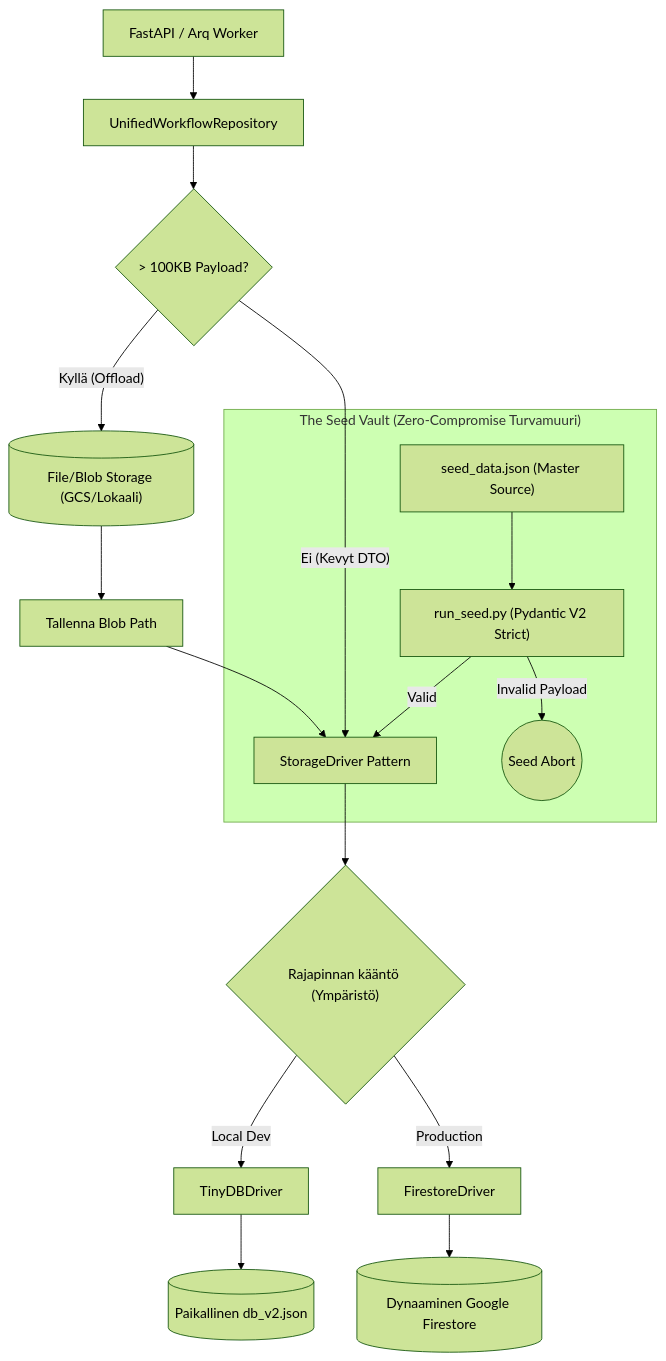
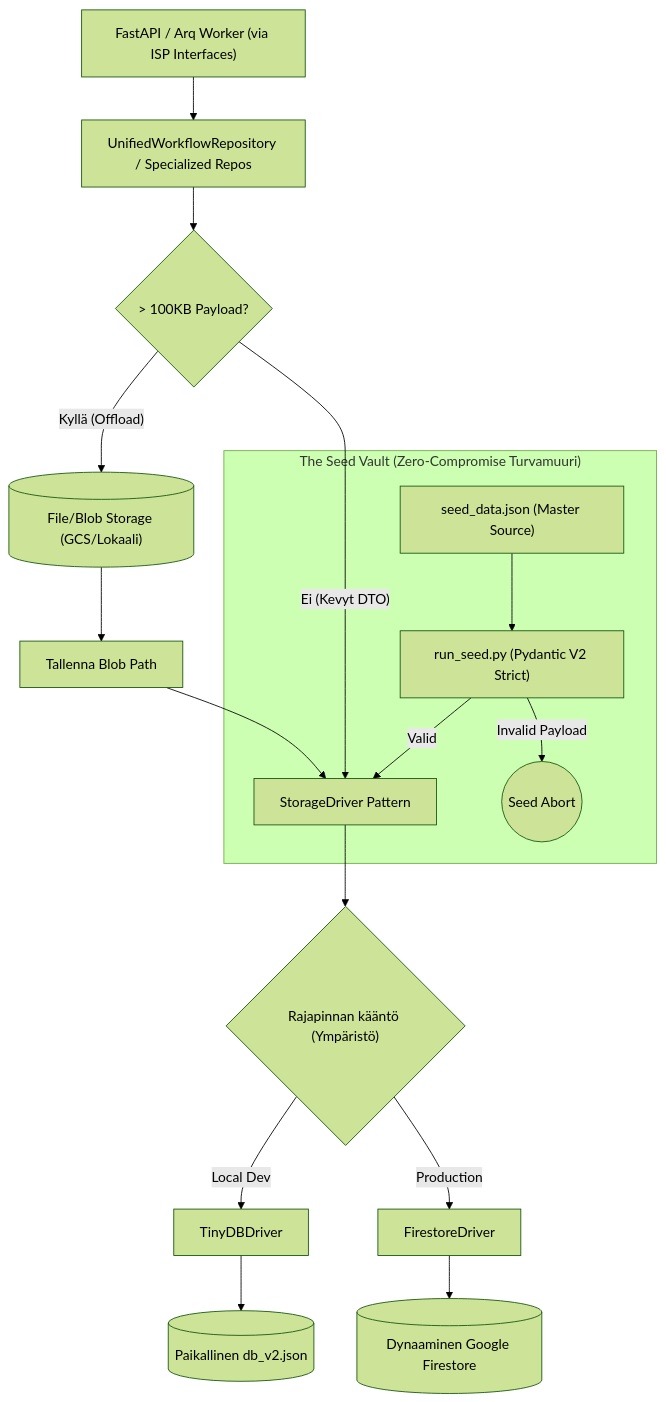
Before and after one commit to launis/quorum: the diagram in docs/architecture/05_data_persistence_and_seeding.md, drawn with Mermaid (forest theme). The commit also changed other lines of this file and 118 other files, not shown here.

Commit message:
feat: implement backend v2 architecture with new services, repository layer, and integration testing suite

````diff
--- a/docs/architecture/05_data_persistence_and_seeding.md
+++ b/docs/architecture/05_data_persistence_and_seeding.md
@@ -9,25 +15,25 @@
 ```mermaid
 flowchart TD
-    API["FastAPI / Arq Worker"] --> Repo["UnifiedWorkflowRepository"]
+    API["FastAPI / Arq Worker (via ISP Interfaces)"] --> Repo["UnifiedWorkflowRepository / Specialized Repos"]
     
     Repo --> Check{"> 100KB Payload?"}
     
     Check -- "Kyllä (Offload)" --> BlobStorage[("File/Blob Storage (GCS/Lokaali)")]
     BlobStorage --> Path["Tallenna Blob Path"]
     Path --> Driver
     
     Check -- "Ei (Kevyt DTO)" --> Driver["StorageDriver Pattern"]
     
     Driver --> Envs{"Rajapinnan kääntö (Ympäristö)"}
     Envs -- "Local Dev" --> Tiny["TinyDBDriver"]
     Envs -- "Production" --> Fire["FirestoreDriver"]
     
     Tiny --> DB1[("Paikallinen db_v2.json")]
     Fire --> DB2[("Dynaaminen Google Firestore")]
 
     subgraph SeedVault ["The Seed Vault (Zero-Compromise Turvamuuri)"]
         SeedData["seed_data.json (Master Source)"] --> SeedRunner["run_seed.py (Pydantic V2 Strict)"]
         SeedRunner -->|Valid| Driver
         SeedRunner -->|Invalid Payload| Crash((Seed Abort))
     end
 ```
````
